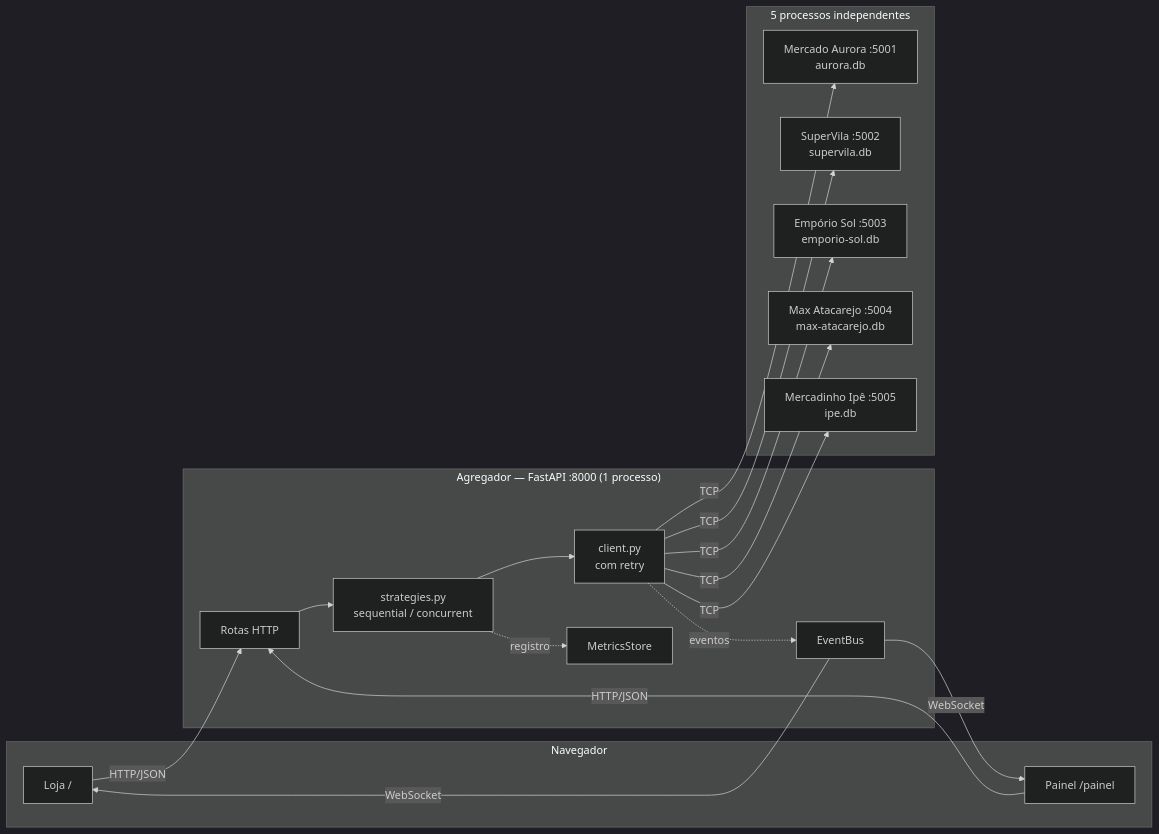
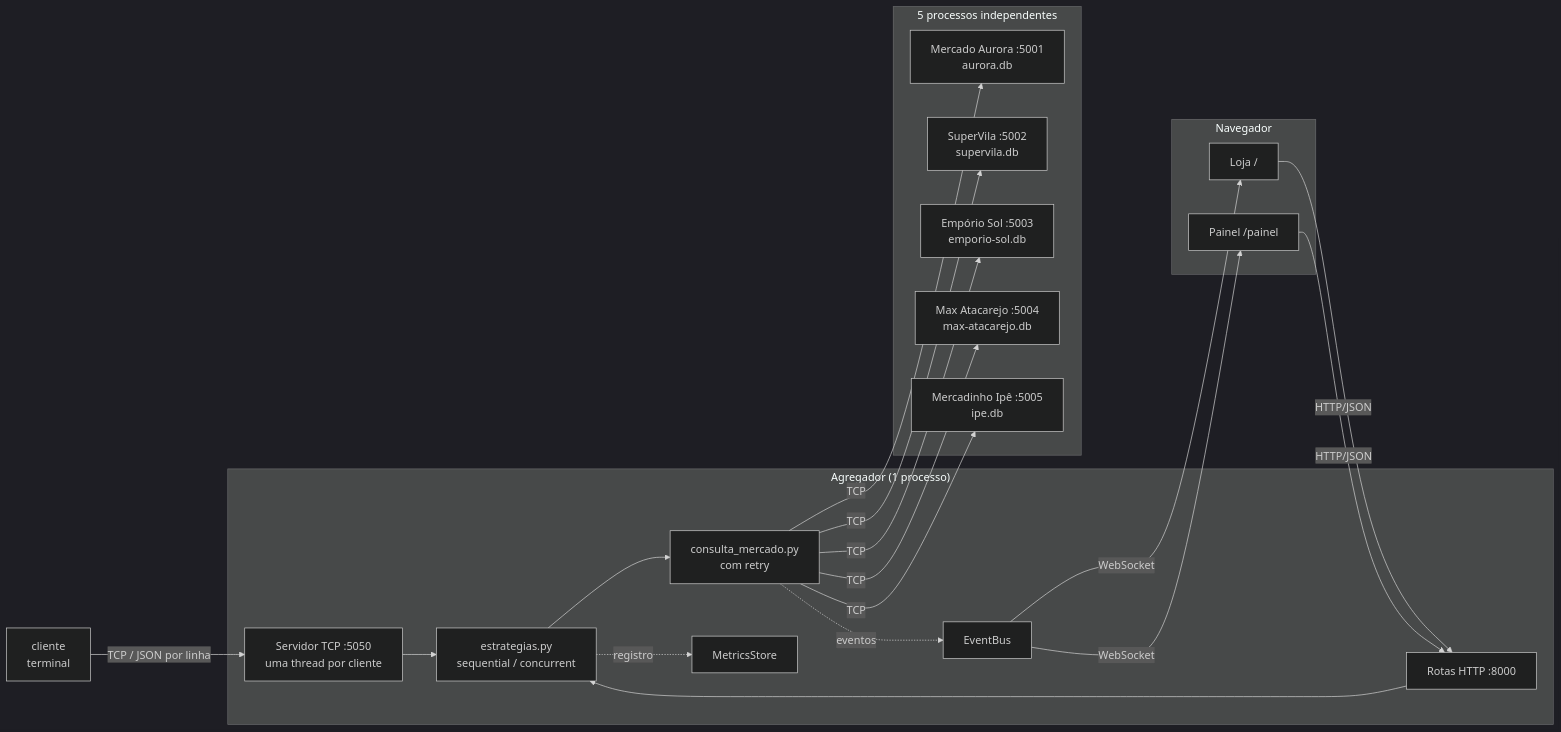
Before and after one commit to coelhomarcus/market-sync: the first of 4 diagrams in docs/arquitetura.md, drawn with Mermaid (dark theme). The commit also changed other lines of this file and 63 other files, not shown here.

First line of the commit message:
Cliente TCP, experimentos obrigatórios e backend organizado por componente

````diff
--- a/docs/arquitetura.md
+++ b/docs/arquitetura.md
@@ -5,30 +15,34 @@
 ```mermaid
 flowchart LR
+    CLI[cliente<br/>terminal]
     subgraph Navegador
         L[Loja /]
         P[Painel /painel]
     end
-    subgraph Agregador["Agregador — FastAPI :8000 (1 processo)"]
-        R[Rotas HTTP]
-        S[strategies.py<br/>sequential / concurrent]
-        T[client.py<br/>com retry]
+    subgraph Agregador["Agregador (1 processo)"]
+        TS[Servidor TCP :5050<br/>uma thread por cliente]
+        R[Rotas HTTP :8000]
+        S[estrategias.py<br/>sequential / concurrent]
+        T[consulta_mercado.py<br/>com retry]
         E[EventBus]
         MS[MetricsStore]
     end
     subgraph Mercados["5 processos independentes"]
         M1[Mercado Aurora :5001<br/>aurora.db]
         M2[SuperVila :5002<br/>supervila.db]
         M3[Empório Sol :5003<br/>emporio-sol.db]
         M4[Max Atacarejo :5004<br/>max-atacarejo.db]
         M5[Mercadinho Ipê :5005<br/>ipe.db]
     end
 
+    CLI -- TCP / JSON por linha --> TS
     L -- HTTP/JSON --> R
     P -- HTTP/JSON --> R
+    TS --> S
     R --> S --> T
     T -- TCP --> M1 & M2 & M3 & M4 & M5
     T -. eventos .-> E
     S -. registro .-> MS
     E -- WebSocket --> P
     E -- WebSocket --> L
 ```
````
